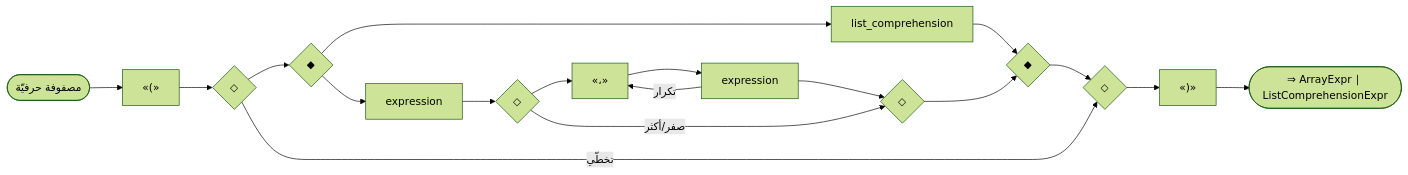
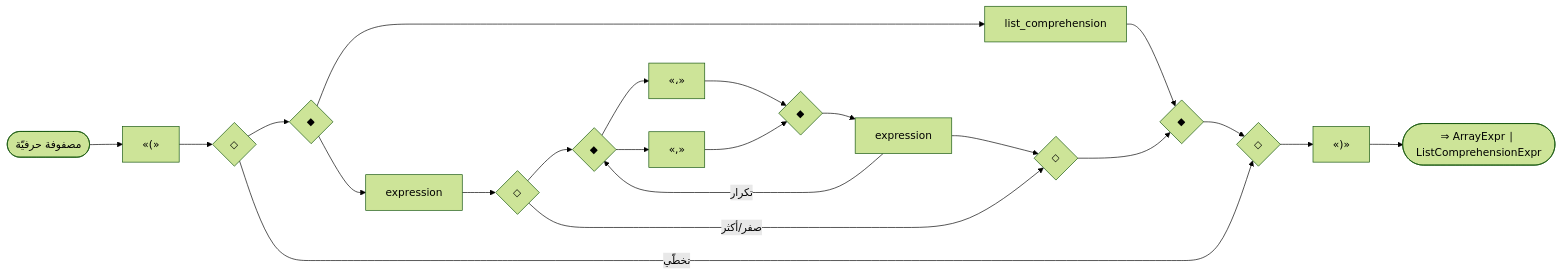
Before and after one commit to sadlang/sadlang: diagram 49 of 51 in docs/parser_rule/_generated/40_expressions.md, drawn with Mermaid (forest theme). The commit also changed other lines of this file and 103 other files, not shown here.

````diff
--- a/docs/parser_rule/_generated/40_expressions.md
+++ b/docs/parser_rule/_generated/40_expressions.md
@@ -1682,34 +1689,41 @@
 ```mermaid
 flowchart LR
   n1(["مصفوفة حرفيّة"])
   n2["«(»"]
   n3{"◇"}
   n4{"◇"}
   n5{"◆"}
   n6{"◆"}
   n7["list_comprehension"]
   n5 --> n7
   n7 --> n6
   n8["expression"]
   n9{"◇"}
   n10{"◇"}
-  n11["«،»"]
-  n12["expression"]
-  n11 --> n12
+  n11{"◆"}
+  n12{"◆"}
+  n13["«،»"]
+  n11 --> n13
+  n13 --> n12
+  n14["«,»"]
+  n11 --> n14
+  n14 --> n12
+  n15["expression"]
+  n12 --> n15
   n9 --> n11
-  n12 --> n10
-  n12 -- "تكرار" --> n11
+  n15 --> n10
+  n15 -- "تكرار" --> n11
   n9 -- "صفر/أكثر" --> n10
   n8 --> n9
   n5 --> n8
   n10 --> n6
   n3 --> n5
   n6 --> n4
   n3 -- "تخطّي" --> n4
   n2 --> n3
-  n13["«)»"]
-  n4 --> n13
+  n16["«)»"]
+  n4 --> n16
   n1 --> n2
-  n14(["⇒ ArrayExpr ∣ ListComprehensionExpr"])
-  n13 --> n14
+  n17(["⇒ ArrayExpr ∣ ListComprehensionExpr"])
+  n16 --> n17
 ```
````
